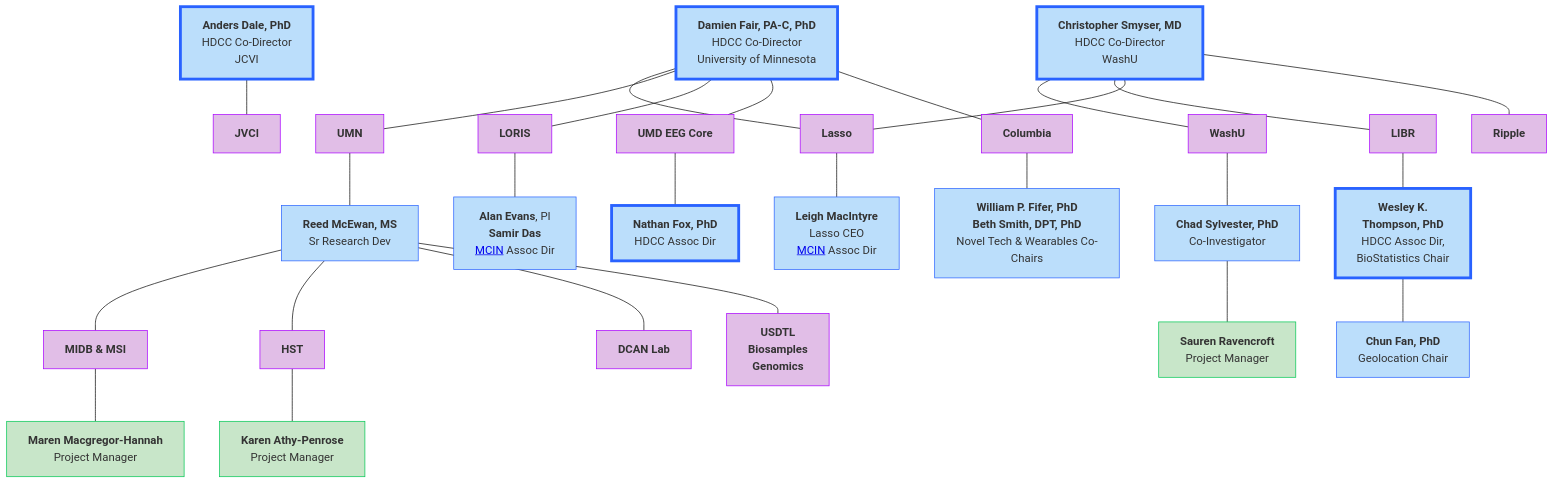
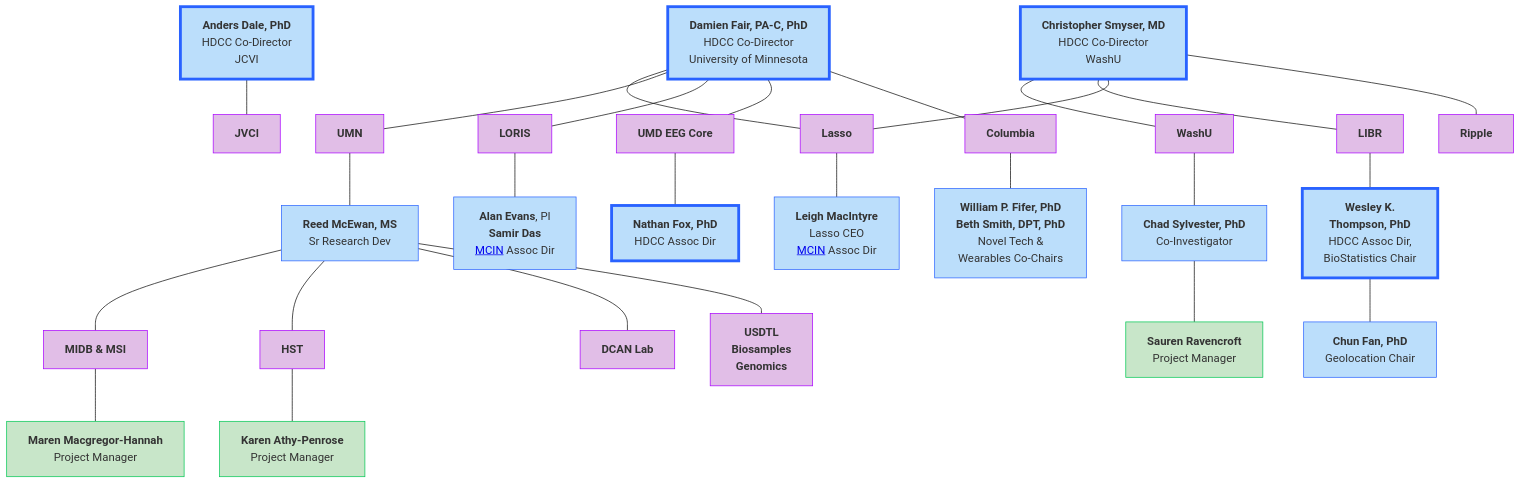
The first of 9 diagrams in docs/orgcharts.md (DCAN-Labs/hbcd-docs-internal), drawn with Mermaid (base theme) before and after one commit.

````diff
--- a/docs/orgcharts.md
+++ b/docs/orgcharts.md
@@ -12,54 +12,54 @@
 ```mermaid
 flowchart TB
     n2["<b>Anders Dale, PhD<br></b>HDCC Co-Director<br>JCVI"] --- jvci["<b>JVCI</b>"]
     E["<b>Damien Fair, PA-C, PhD</b><br>HDCC Co-Director<br>University of Minnesota"] --- lasso["<b>Lasso</b>"] & umn["<b>UMN</b>"] & n7["<b>LORIS</b>"] & n8["<b>UMD EEG Core</b>"] & n11["<b>Columbia</b>"]
     lasso --- lasso1["<b>Leigh MacIntyre</b><br>Lasso CEO<br><a href="https://mcin.ca/about-mcin/" target="_blank">MCIN</a> Assoc Dir"]
     n1["<b>Christopher Smyser, MD<br></b>HDCC Co-Director<br>WashU"] --- n10["<b>WashU</b><br>"] & n12["<b>LIBR</b>"] & lasso
     n16["<b>Wesley K.<br>Thompson, PhD</b><br>HDCC Assoc Dir,<br>BioStatistics Chair"] --- n17["<b>Chun Fan, PhD</b><br>Geolocation Chair"]
     n12 --- n16
     n8 --- n19["<b>Nathan Fox, PhD<br></b>HDCC Assoc Dir"]
     n7 --- n20["<b>Alan Evans</b>, PI<br><b>Samir Das</b><br><a href="https://mcin.ca/about-mcin/" target="_blank">MCIN</a> Assoc Dir"]
     umn --- reed["<b>Reed McEwan, MS</b><br>Sr Research Dev"]
     n10 --- n22["<b>Chad Sylvester, PhD</b><br>Co-Investigator"]
-    n11 --- n18["<b>William P. Fifer, PhD</b><br><b>Beth Smith, DPT, PhD</b><br>Novel Tech & Wearables Co-Chairs"]
+    n11 --- n18["<b>William P. Fifer, PhD</b><br><b>Beth Smith, DPT, PhD</b><br>Novel Tech &<br>Wearables Co-Chairs"]
     reed --- n25["<b>MIDB &amp; MSI</b>"] & n27["<b>HST</b>"] & n28["<b>DCAN Lab</b>"] & n29["<b>USDTL<br>Biosamples<br>Genomics</b>"]
     n25 --- n30["<b>Maren Macgregor-Hannah</b><br>Project Manager"]
     n27 --- n31["<b>Karen Athy-Penrose</b><br>Project Manager"]
     n22 --- n32["<b>Sauren Ravencroft</b><br>Project Manager"]
     n1 --- n24["<b>Ripple</b>"]
     style n2 fill:#BBDEFB,stroke:#2962FF,stroke-width:4px
     style jvci fill:#E1BEE7,stroke:#AA00FF
     style E fill:#BBDEFB,stroke:#2962FF,stroke-width:4px
     style lasso fill:#E1BEE7,stroke:#AA00FF
     style umn fill:#E1BEE7,stroke:#AA00FF
     style n7 fill:#E1BEE7,stroke:#AA00FF
     style n8 fill:#E1BEE7,stroke:#AA00FF
     style n11 fill:#E1BEE7,stroke:#AA00FF
     style lasso1 fill:#BBDEFB,stroke:#2962FF
     style n1 fill:#BBDEFB,stroke:#2962FF,stroke-width:4px
     style n10 fill:#E1BEE7,stroke:#AA00FF
     style n12 fill:#E1BEE7,stroke:#AA00FF
     style n16 fill:#BBDEFB,stroke:#2962FF,stroke-width:4px
     style n17 fill:#BBDEFB,stroke:#2962FF
     style n19 fill:#BBDEFB,stroke:#2962FF,stroke-width:4px
     style n20 fill:#BBDEFB,stroke:#2962FF
     style reed fill:#BBDEFB,stroke:#2962FF
     style n22 fill:#BBDEFB,stroke:#2962FF
     style n24 fill:#E1BEE7,stroke:#AA00FF
     style n18 fill:#BBDEFB,stroke:#2962FF
     style n25 fill:#E1BEE7,stroke:#AA00FF
     style n27 fill:#E1BEE7,stroke:#AA00FF
     style n28 fill:#E1BEE7,stroke:#AA00FF
     style n29 fill:#E1BEE7,stroke:#AA00FF
     style n30 fill:#C8E6C9,stroke:#00C853
     style n31 fill:#C8E6C9,stroke:#00C853
     style n32 fill:#C8E6C9,stroke:#00C853
     click jvci "#j-craig-venter-institute"
     click lasso "#lasso"
     click umn "#university-of-minnesota"
     click n7 "#loris"
     click n8 "#umd-eeg-core"
     click n10 "#washu"
     click n25 "#midb-informatics-hub-msi"
     click n27 "#health-sciences-technology"
 ```
````
